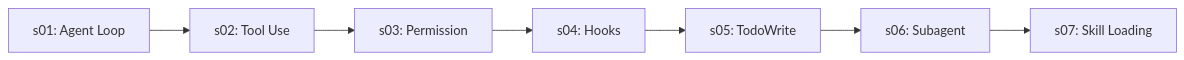
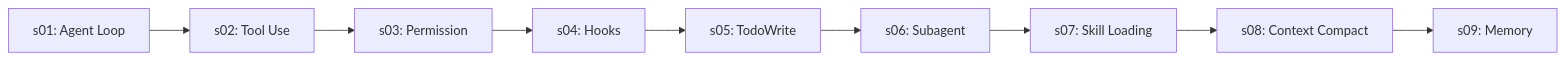
Before and after one commit to lyq1119/deepseek-agent-tutorial: the diagram in README.md, drawn with Mermaid. The commit also changed other lines of this file and 22 other files, not shown here.

Commit message:
Add DeepSeek s08 context compact and s09 memory lessons

````diff
--- a/README.md
+++ b/README.md
@@ -86,9 +88,11 @@
 ```mermaid
 flowchart LR
     S01["s01: Agent Loop"] --> S02["s02: Tool Use"]
     S02 --> S03["s03: Permission"]
     S03 --> S04["s04: Hooks"]
     S04 --> S05["s05: TodoWrite"]
     S05 --> S06["s06: Subagent"]
     S06 --> S07["s07: Skill Loading"]
+    S07 --> S08["s08: Context Compact"]
+    S08 --> S09["s09: Memory"]
 ```
````
